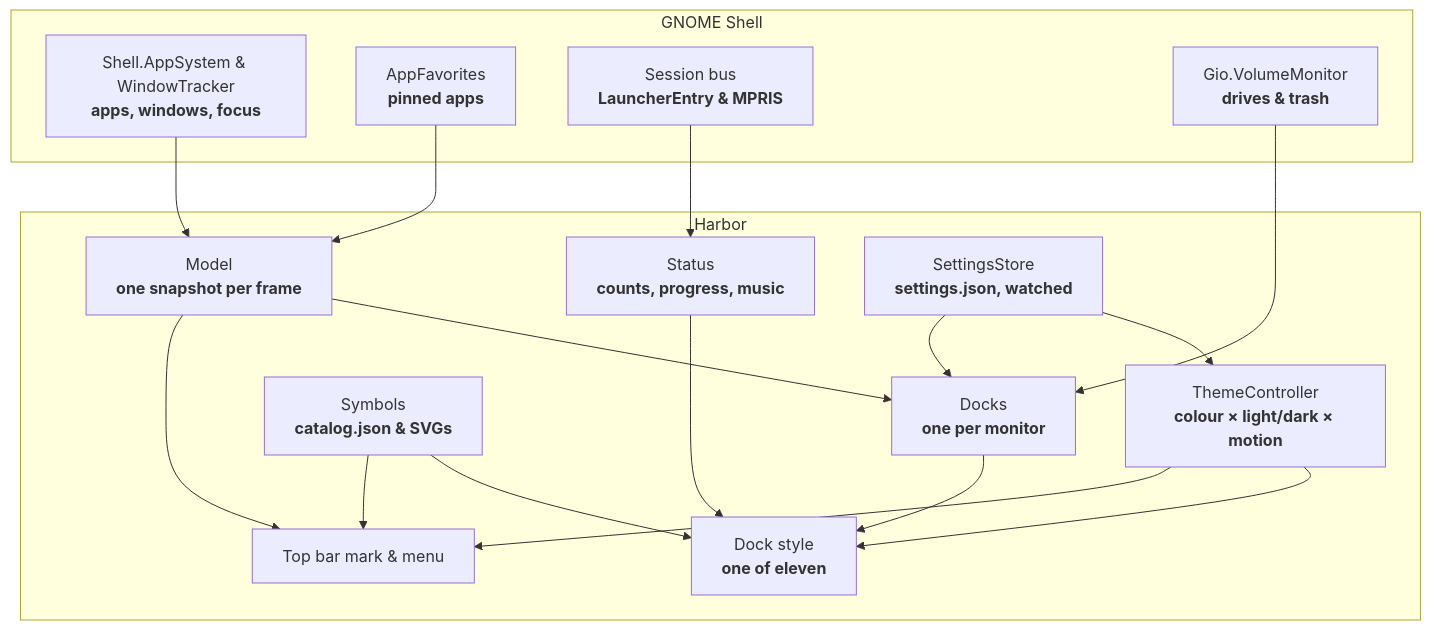
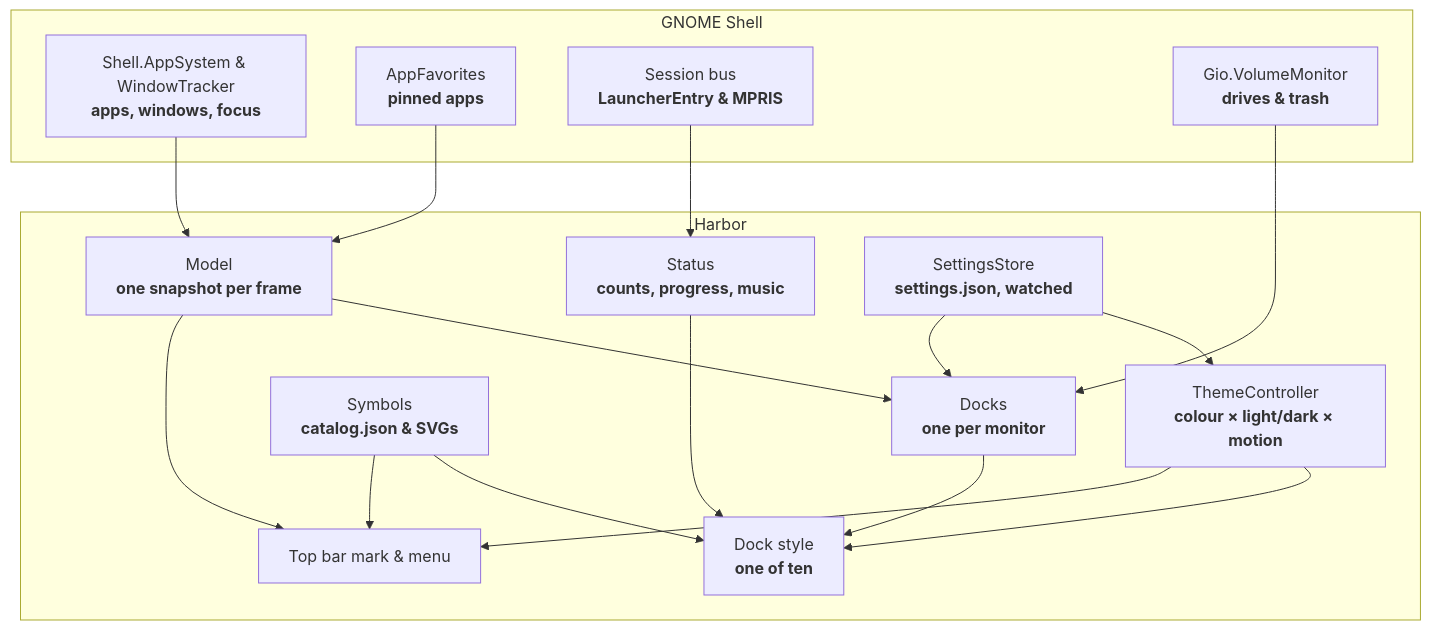
Before and after one commit to tomsliikee/harbor: the diagram in README.md, drawn with Mermaid. The commit also changed other lines of this file and 12 other files, not shown here.

````diff
--- a/README.md
+++ b/README.md
@@ -211,35 +210,35 @@
 ```mermaid
 flowchart TD
     subgraph Shell ["GNOME Shell"]
         Apps["Shell.AppSystem & WindowTracker<br/><b>apps, windows, focus</b>"]
         Favs["AppFavorites<br/><b>pinned apps</b>"]
         Bus["Session bus<br/><b>LauncherEntry & MPRIS</b>"]
         Vol["Gio.VolumeMonitor<br/><b>drives & trash</b>"]
     end
 
     subgraph Harbor ["Harbor"]
         Model["Model<br/><b>one snapshot per frame</b>"]
         Status["Status<br/><b>counts, progress, music</b>"]
         Theme["ThemeController<br/><b>colour × light/dark × motion</b>"]
         Settings["SettingsStore<br/><b>settings.json, watched</b>"]
         Symbols["Symbols<br/><b>catalog.json & SVGs</b>"]
         Docks["Docks<br/><b>one per monitor</b>"]
-        Style["Dock style<br/><b>one of eleven</b>"]
+        Style["Dock style<br/><b>one of ten</b>"]
         Top["Top bar mark & menu"]
     end
 
     Apps --> Model
     Favs --> Model
     Bus --> Status
     Vol --> Docks
     Model --> Docks
     Model --> Top
     Status --> Style
     Settings --> Theme
     Settings --> Docks
     Theme --> Style
     Theme --> Top
     Docks --> Style
     Symbols --> Style
     Symbols --> Top
 ```
````
